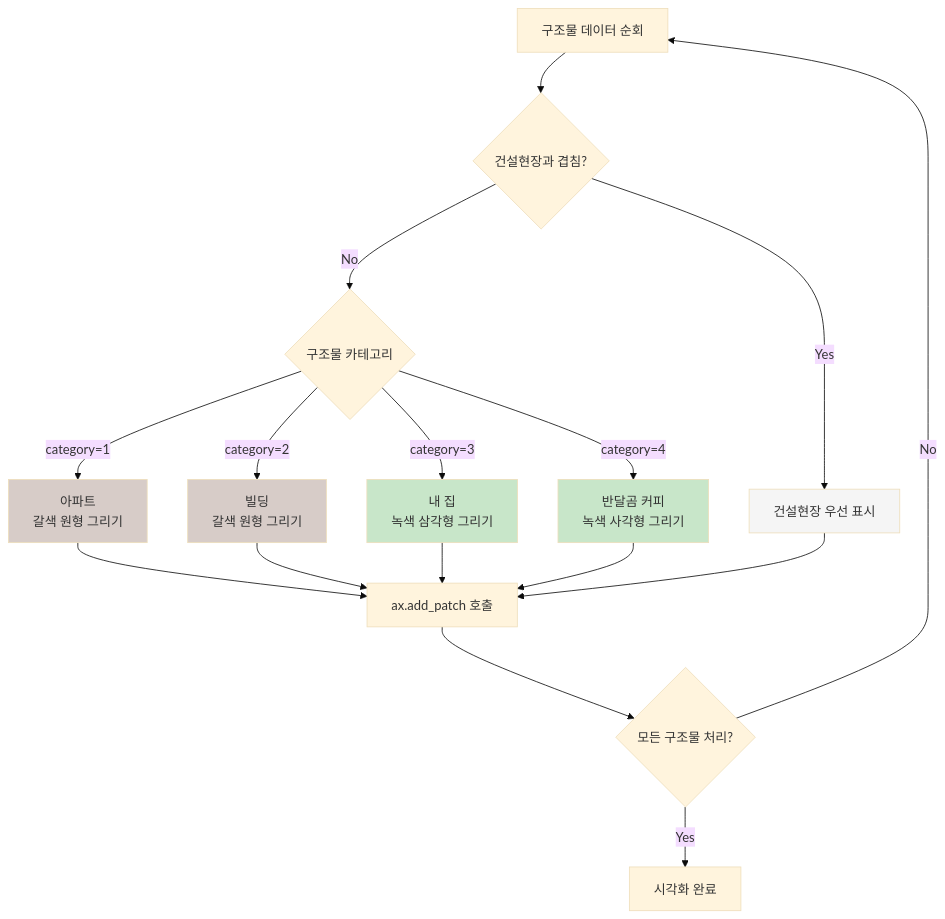
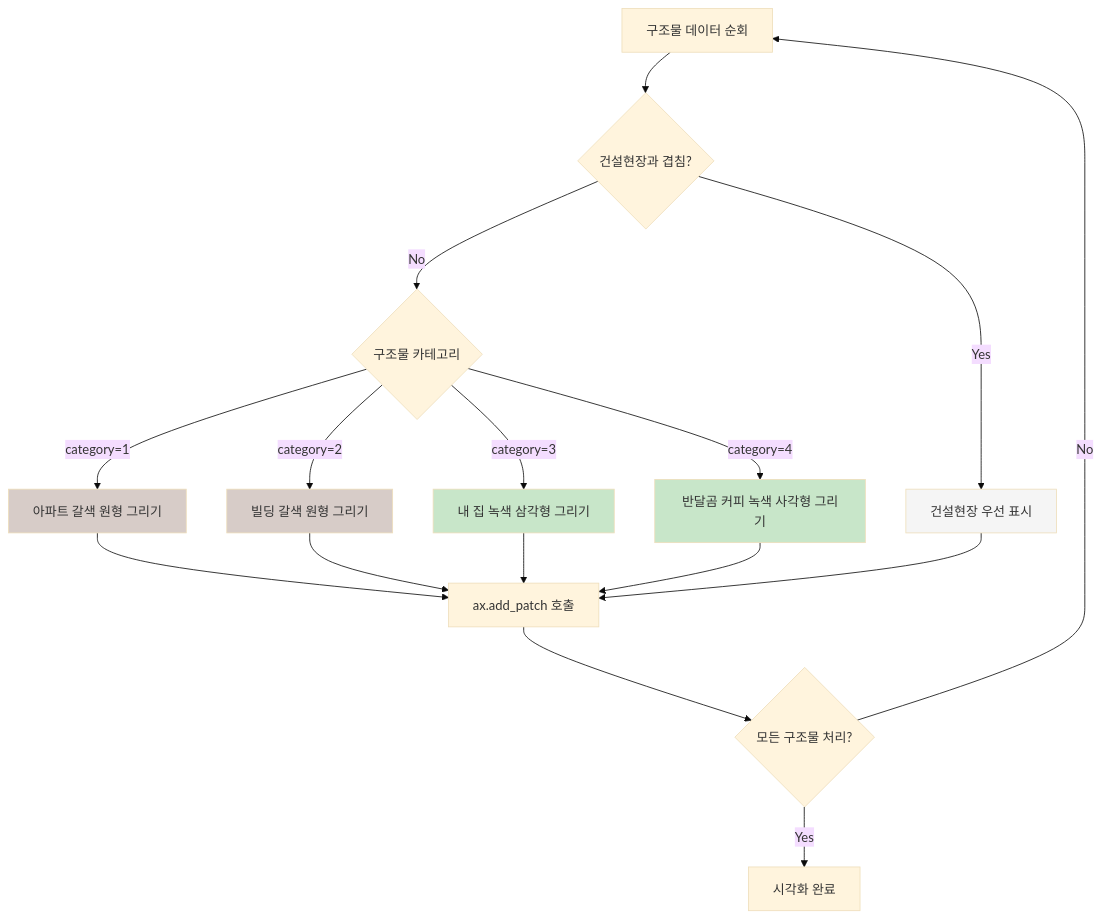
The fourth of 4 diagrams in 2단계_지도시각화.md (SteelCrab/ia-codyssey), drawn with Mermaid (base theme) before and after one commit. The commit also changed other lines of this file and 3 other files, not shown here.

First line of the commit message:
fix: Mermaid 다이어그램 구문 오류 수정

````diff
--- a/2단계_지도시각화.md
+++ b/2단계_지도시각화.md
@@ -216,27 +216,27 @@
 ```mermaid
 flowchart TD
     A[구조물 데이터 순회] --> B{건설현장과 겹침?}
     B -->|Yes| C[건설현장 우선 표시]
     B -->|No| D{구조물 카테고리}
     
-    D -->|category=1| E[아파트<br/>갈색 원형 그리기]
-    D -->|category=2| F[빌딩<br/>갈색 원형 그리기]
-    D -->|category=3| G[내 집<br/>녹색 삼각형 그리기]
-    D -->|category=4| H[반달곰 커피<br/>녹색 사각형 그리기]
+    D -->|category=1| E[아파트 갈색 원형 그리기]
+    D -->|category=2| F[빌딩 갈색 원형 그리기]
+    D -->|category=3| G[내 집 녹색 삼각형 그리기]
+    D -->|category=4| H[반달곰 커피 녹색 사각형 그리기]
     
     E --> I[ax.add_patch 호출]
     F --> I
     G --> I
     H --> I
     C --> I
     
     I --> J{모든 구조물 처리?}
     J -->|No| A
     J -->|Yes| K[시각화 완료]
     
     style C fill:#f5f5f5
     style E fill:#d7ccc8
     style F fill:#d7ccc8
     style G fill:#c8e6c9
     style H fill:#c8e6c9
 ```
````
